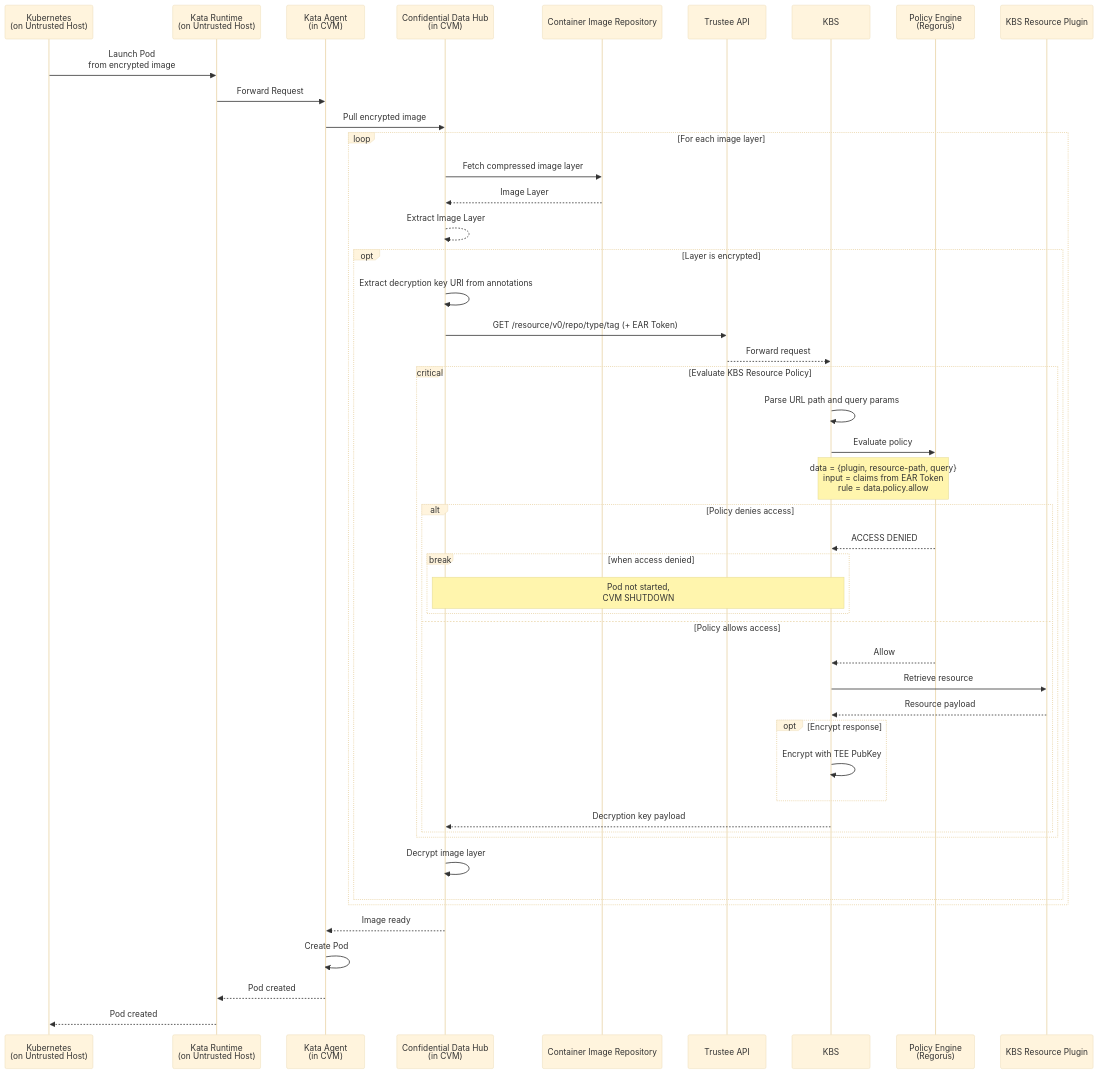
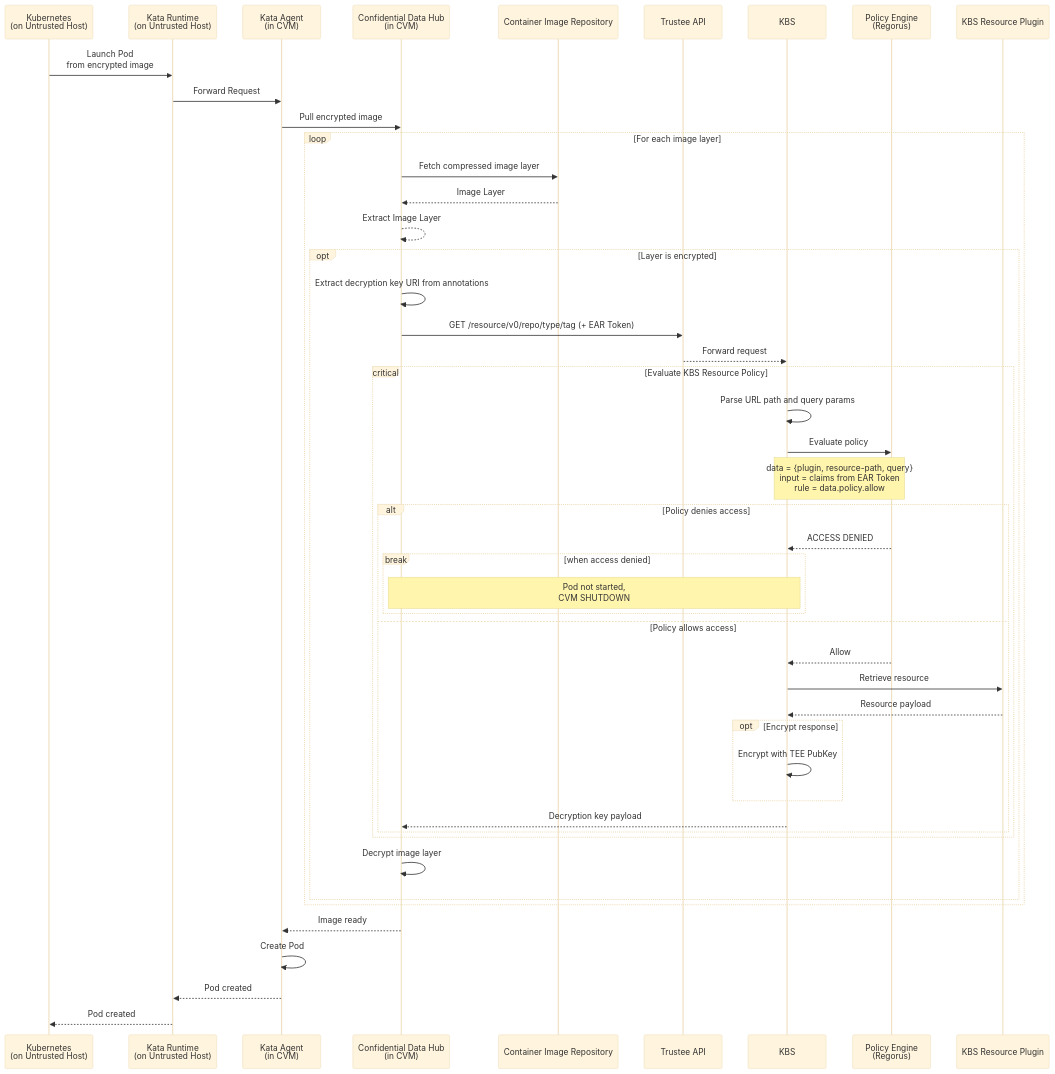
One commit to amd-cmaxwell/trustee changed the sixth of 6 diagrams in kbs/src/plugins/implementations/sams/README.md. Above: the diagram before and after it, drawn with Mermaid (base theme). The commit also changed other lines of this file, not shown here.

````diff
--- a/kbs/src/plugins/implementations/sams/README.md
+++ b/kbs/src/plugins/implementations/sams/README.md
@@ -345,58 +339,57 @@
 ```mermaid
 sequenceDiagram
     participant k8s as Kubernetes<br>(on Untrusted Host)
     participant kata_runtime as Kata Runtime<br>(on Untrusted Host)
     participant kata_agent as Kata Agent<br>(in CVM)
     participant cdh as Confidential Data Hub<br>(in CVM)
     participant image_repo as Container Image Repository
     participant api as Trustee API
     participant kbs as KBS
     participant policy_engine as Policy Engine<br>(Regorus)
     participant kbs_resource as KBS Resource Plugin
-    participant k8s as Kubernetes<br>(on Untrusted Host)
 
     k8s ->> kata_runtime: Launch Pod <br>from encrypted image
     kata_runtime ->> kata_agent: Forward Request
     kata_agent ->> cdh: Pull encrypted image
 
     loop For each image layer
         cdh ->> image_repo: Fetch compressed image layer
         image_repo -->> cdh: Image Layer
         cdh -->> cdh: Extract Image Layer
 
         opt Layer is encrypted
             cdh ->> cdh: Extract decryption key URI from annotations
 
             cdh ->> api: GET /resource/v0/repo/type/tag (+ EAR Token)
             api -->> kbs: Forward request
 
             critical Evaluate KBS Resource Policy
                 kbs ->> kbs: Parse URL path and query params
                 kbs ->> policy_engine: Evaluate policy
                 note over kbs, policy_engine: data = {plugin, resource-path, query}<br>input = claims from EAR Token<br>rule = data.policy.allow
 
                 alt Policy denies access
                     policy_engine -->> kbs: ACCESS DENIED
                     break when access denied
                     note over kbs,cdh: Pod not started,<br> CVM SHUTDOWN
                     end
                 else Policy allows access
                     policy_engine -->> kbs: Allow
                     kbs ->> kbs_resource: Retrieve resource
                     kbs_resource -->> kbs: Resource payload
                     opt Encrypt response
                         kbs ->> kbs: Encrypt with TEE PubKey
                     end
                     kbs -->> cdh: Decryption key payload
                 end
             end
 
             cdh ->> cdh: Decrypt image layer
         end
     end
 
     cdh -->> kata_agent: Image ready
     kata_agent ->> kata_agent: Create Pod
     kata_agent -->> kata_runtime: Pod created
     kata_runtime -->> k8s: Pod created
 ```
````
